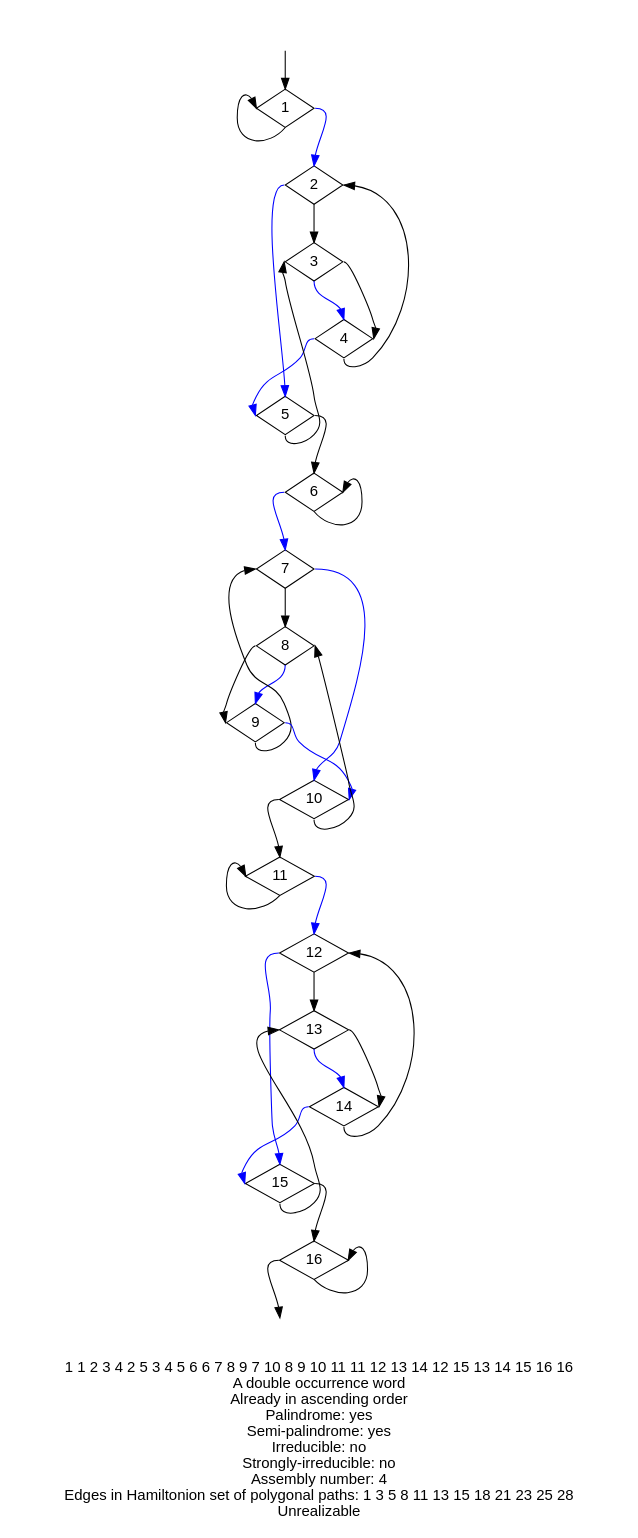
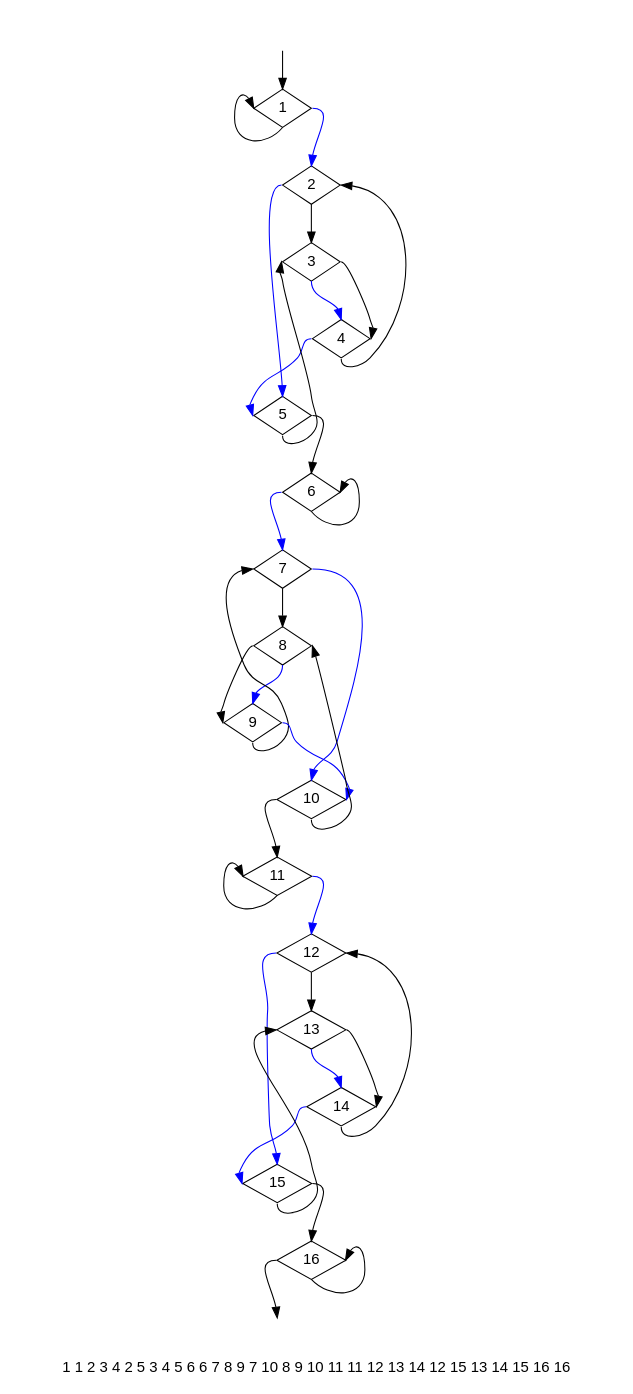
One commit to didedoshka/double_occurrence_words changed the diagram in data/an_4.dot. Above: the diagram before and after it, drawn with Graphviz. The commit also changed 2 other files, not shown here.

```diff
--- a/data/an_4.dot
+++ b/data/an_4.dot
@@ -1,41 +1,41 @@
 digraph {
 fontname="Helvetica"
 node [fontname="Helvetica"]
 node [shape=diamond]
-label="1 1 2 3 4 2 5 3 4 5 6 6 7 8 9 7 10 8 9 10 11 11 12 13 14 12 15 13 14 15 16 16 \nA double occurrence word\nAlready in ascending order\nPalindrome: yes\nSemi-palindrome: yes\nIrreducible: no\nStrongly-irreducible: no\nAssembly number: 4\nEdges in Hamiltonion set of polygonal paths: 1 3 5 8 11 13 15 18 21 23 25 28 \nUnrealizable\n"
+label="1 1 2 3 4 2 5 3 4 5 6 6 7 8 9 7 10 8 9 10 11 11 12 13 14 12 15 13 14 15 16 16"
 a [style="invis"]
 b [style="invis"]
 a:s -> 1:n
 1:s -> 1:w
 1:e -> 2:n [color="blue"]
 2:s -> 3:n
 3:s -> 4:n [color="blue"]
 4:s -> 2:e
 2:w -> 5:n [color="blue"]
 5:s -> 3:w
 3:e -> 4:e
 4:w -> 5:w [color="blue"]
 5:e -> 6:n
 6:s -> 6:e
 6:w -> 7:n [color="blue"]
 7:s -> 8:n
 8:s -> 9:n [color="blue"]
 9:s -> 7:w
 7:e -> 10:n [color="blue"]
 10:s -> 8:e
 8:w -> 9:w
 9:e -> 10:e [color="blue"]
 10:w -> 11:n
 11:s -> 11:w
 11:e -> 12:n [color="blue"]
 12:s -> 13:n
 13:s -> 14:n [color="blue"]
 14:s -> 12:e
 12:w -> 15:n [color="blue"]
 15:s -> 13:w
 13:e -> 14:e
 14:w -> 15:w [color="blue"]
 15:e -> 16:n
 16:s -> 16:e
 16:w -> b:n
 }
```
